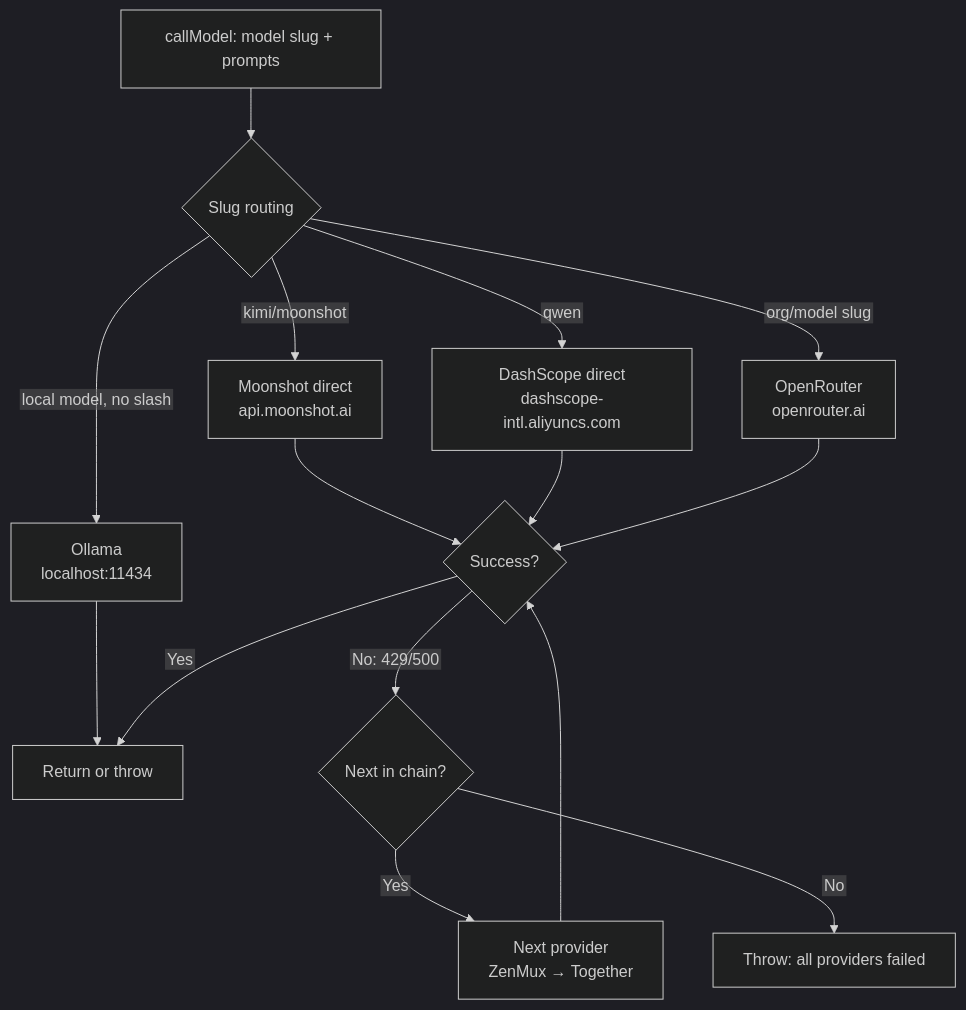
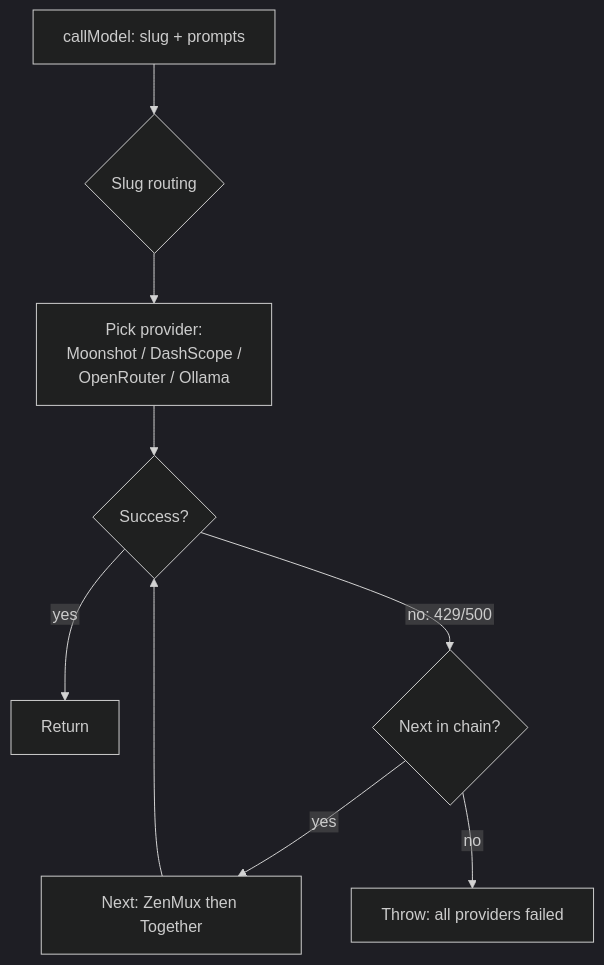
Before and after one commit to pjsvis/cool-pi-extensions: the diagram in docs/eval-workflow/03-provider-chain.mmd, drawn with Mermaid (dark theme). The commit also changed 16 other files, not shown here.

```diff
--- a/docs/eval-workflow/03-provider-chain.mmd
+++ b/docs/eval-workflow/03-provider-chain.mmd
@@ -1,18 +1,10 @@
 %%{init: {"flowchart": {"htmlLabels": false}} }%%
 graph TD
-    A[callModel: model slug + prompts] --> B{Slug routing}
-    B -->|kimi/moonshot| C[Moonshot direct<br/>api.moonshot.ai]
-    B -->|qwen| D[DashScope direct<br/>dashscope-intl.aliyuncs.com]
-    B -->|org/model slug| E[OpenRouter<br/>openrouter.ai]
-    B -->|local model, no slash| F[Ollama<br/>localhost:11434]
-
-    C --> G{Success?}
-    D --> G
-    E --> G
-    F --> H[Return or throw]
-
-    G -->|Yes| H
-    G -->|No: 429/500| I{Next in chain?}
-    I -->|Yes| J[Next provider<br/>ZenMux → Together]
-    I -->|No| K[Throw: all providers failed]
-    J --> G
+    A[callModel: slug + prompts] --> B{Slug routing}
+    B --> C[Pick provider:<br/>Moonshot / DashScope /<br/>OpenRouter / Ollama]
+    C --> D{Success?}
+    D -->|yes| E[Return]
+    D -->|no: 429/500| F{Next in chain?}
+    F -->|yes| G[Next: ZenMux then Together]
+    G --> D
+    F -->|no| H[Throw: all providers failed]
```
